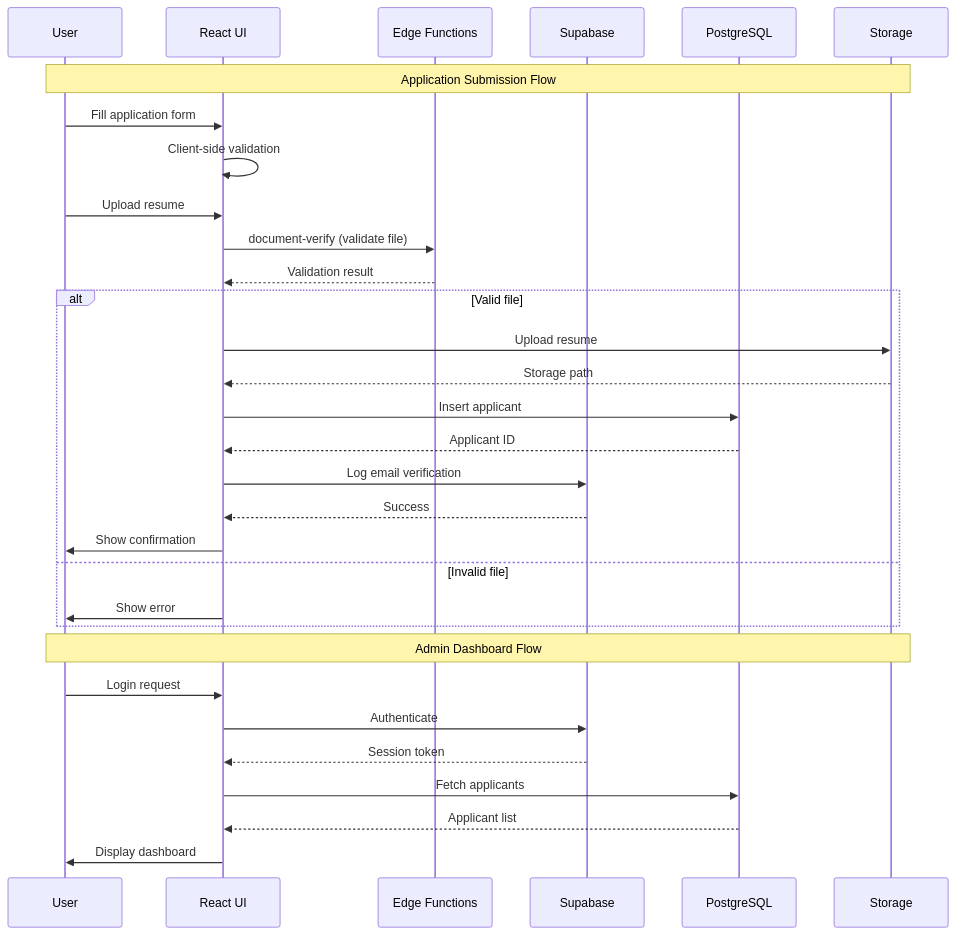
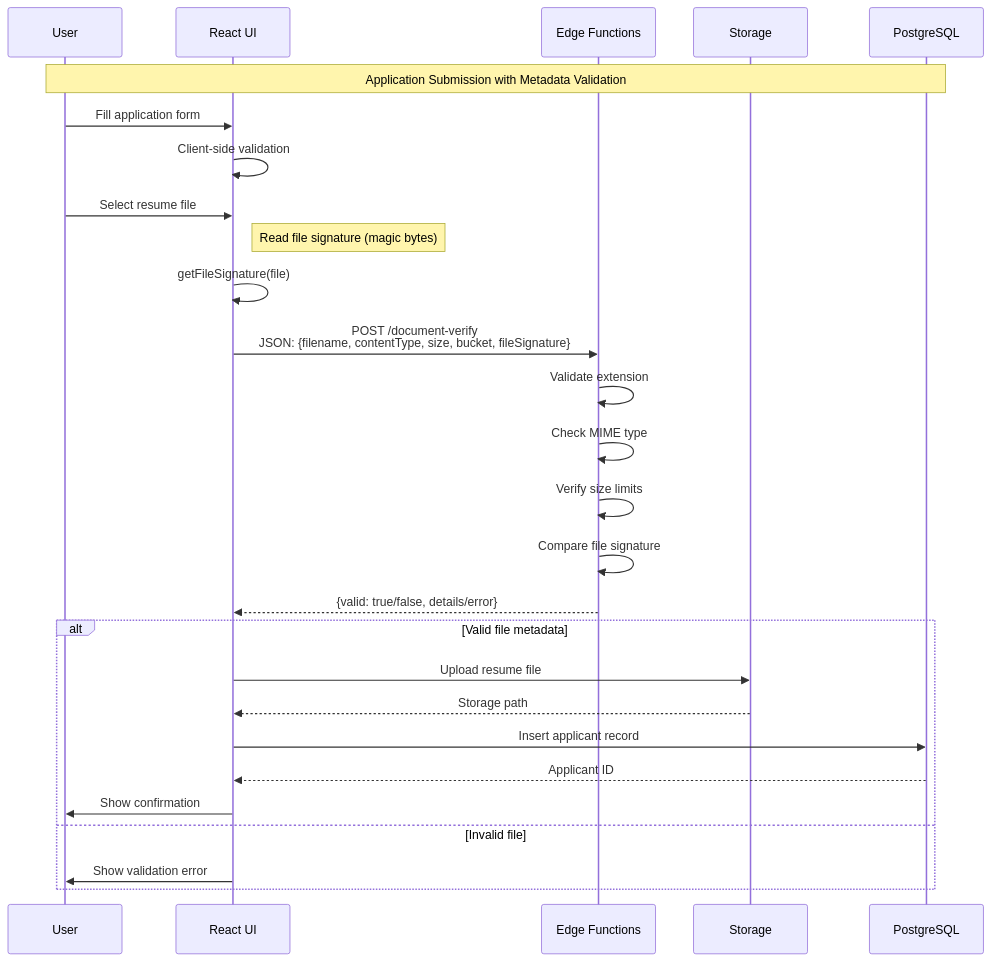
The third of 9 diagrams in .github/ARCHITECTURE_DIAGRAM.md (dobeutech/agent-usl-website), drawn with Mermaid before and after one commit. The commit also changed other lines of this file, not shown here.

First line of the commit message:
docs: improve Data Flow diagrams for clarity

````diff
--- a/.github/ARCHITECTURE_DIAGRAM.md
+++ b/.github/ARCHITECTURE_DIAGRAM.md
@@ -153,38 +157,34 @@
 ```mermaid
 sequenceDiagram
     participant User
     participant UI as React UI
     participant EF as Edge Functions
-    participant Supabase
+    participant Storage
     participant DB as PostgreSQL
-    participant Storage
 
-    Note over User, Storage: Application Submission Flow
+    Note over User, DB: Application Submission with Metadata Validation
     
     User->>UI: Fill application form
     UI->>UI: Client-side validation
-    User->>UI: Upload resume
-    UI->>EF: document-verify (validate file)
-    EF-->>UI: Validation result
+    User->>UI: Select resume file
     
-    alt Valid file
-        UI->>Storage: Upload resume
+    Note right of UI: Read file signature (magic bytes)
+    UI->>UI: getFileSignature(file)
+    
+    UI->>EF: POST /document-verify<br/>JSON: {filename, contentType, size, bucket, fileSignature}
+    EF->>EF: Validate extension
+    EF->>EF: Check MIME type
+    EF->>EF: Verify size limits
+    EF->>EF: Compare file signature
+    EF-->>UI: {valid: true/false, details/error}
+    
+    alt Valid file metadata
+        UI->>Storage: Upload resume file
         Storage-->>UI: Storage path
-        UI->>DB: Insert applicant
+        UI->>DB: Insert applicant record
         DB-->>UI: Applicant ID
-        UI->>Supabase: Log email verification
-        Supabase-->>UI: Success
         UI->>User: Show confirmation
     else Invalid file
-        UI->>User: Show error
+        UI->>User: Show validation error
     end
-
-    Note over User, Storage: Admin Dashboard Flow
-    
-    User->>UI: Login request
-    UI->>Supabase: Authenticate
-    Supabase-->>UI: Session token
-    UI->>DB: Fetch applicants
-    DB-->>UI: Applicant list
-    UI->>User: Display dashboard
 ```
````
